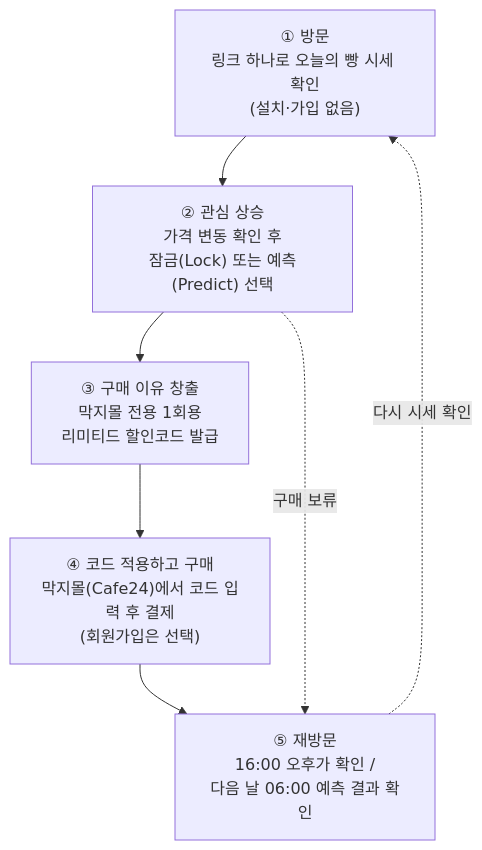
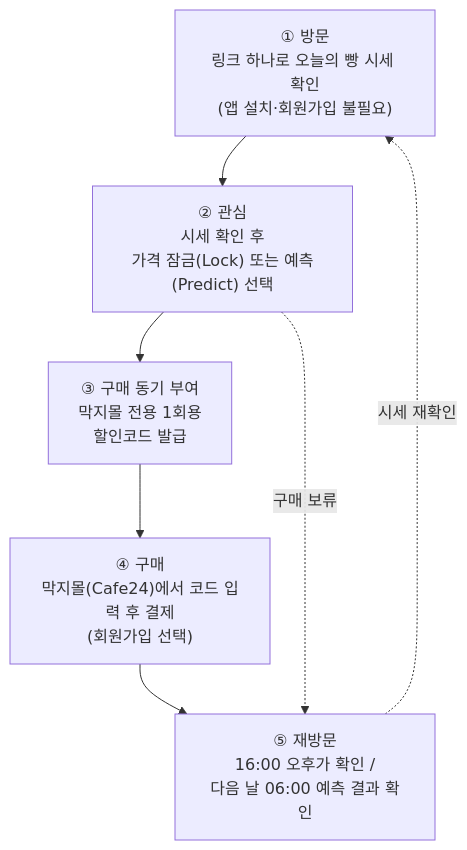
The diagram in docs/makjistock_proposal.md (jennie-brain/makji-personal), drawn with Mermaid before and after one commit. The commit also changed other lines of this file, not shown here.

````diff
--- a/docs/makjistock_proposal.md
+++ b/docs/makjistock_proposal.md
@@ -64,9 +67,9 @@
 ```mermaid
 flowchart TD
-    A["① 방문<br/>링크 하나로 오늘의 빵 시세 확인<br/>(설치·가입 없음)"] --> B["② 관심 상승<br/>가격 변동 확인 후<br/>잠금(Lock) 또는 예측(Predict) 선택"]
-    B --> C["③ 구매 이유 창출<br/>막지몰 전용 1회용<br/>리미티드 할인코드 발급"]
-    C --> D["④ 코드 적용하고 구매<br/>막지몰(Cafe24)에서 코드 입력 후 결제<br/>(회원가입은 선택)"]
+    A["① 방문<br/>링크 하나로 오늘의 빵 시세 확인<br/>(앱 설치·회원가입 불필요)"] --> B["② 관심<br/>시세 확인 후<br/>가격 잠금(Lock) 또는 예측(Predict) 선택"]
+    B --> C["③ 구매 동기 부여<br/>막지몰 전용 1회용<br/>할인코드 발급"]
+    C --> D["④ 구매<br/>막지몰(Cafe24)에서 코드 입력 후 결제<br/>(회원가입 선택)"]
     D --> E["⑤ 재방문<br/>16:00 오후가 확인 /<br/>다음 날 06:00 예측 결과 확인"]
-    E -. "다시 시세 확인" .-> A
+    E -. "시세 재확인" .-> A
     B -. "구매 보류" .-> E
 ```
````
